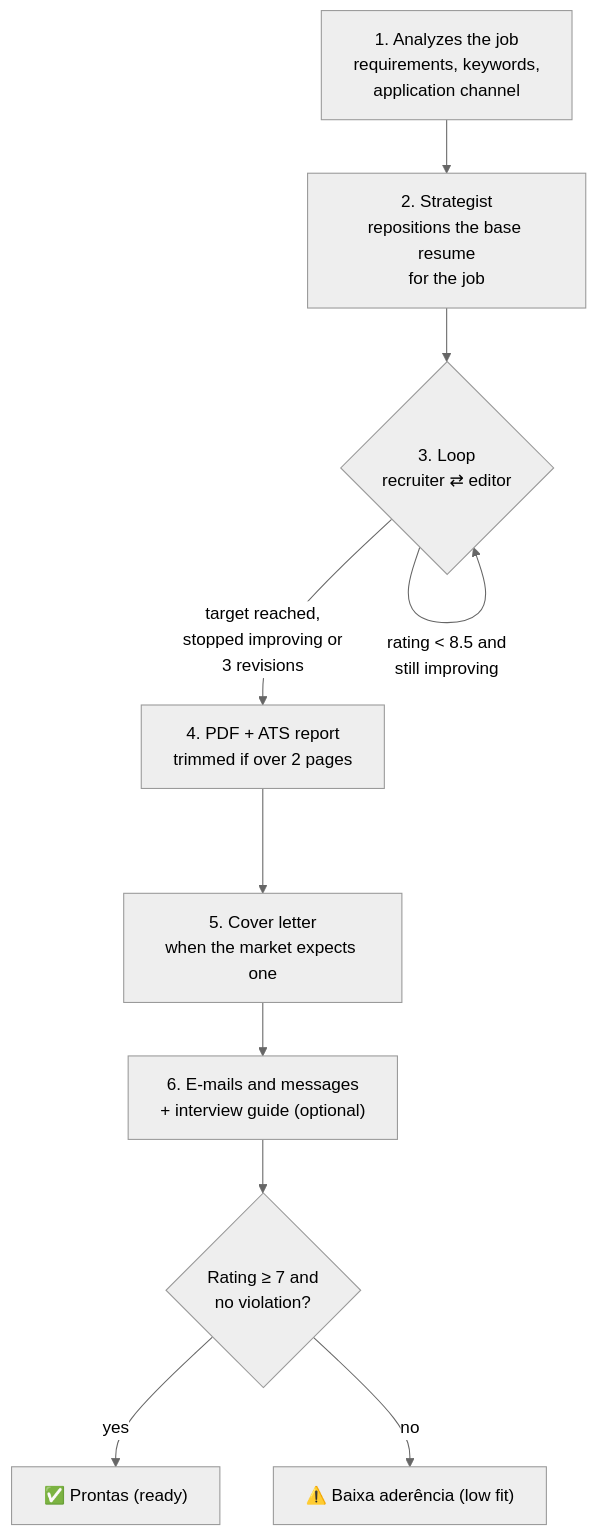
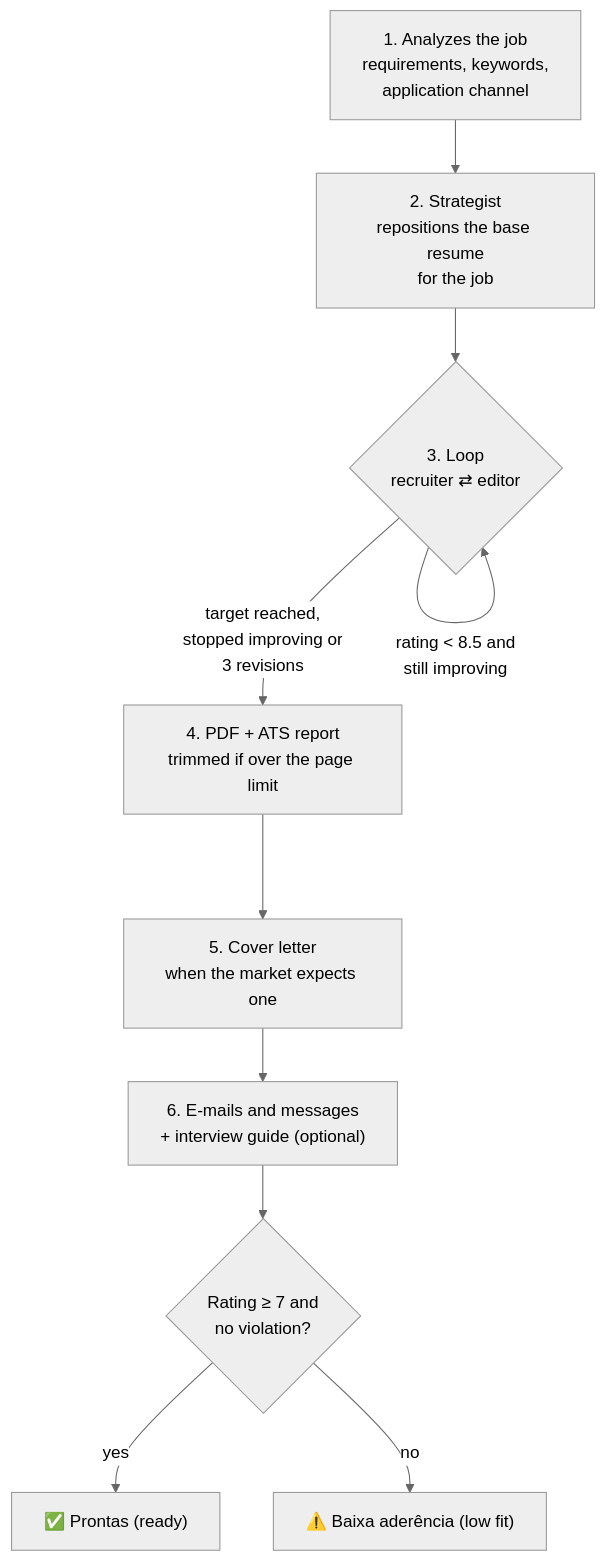
One commit to GabrielMello1407/auto-job-finder changed the fourth of 6 diagrams in docs/how-it-works.md. Above: the diagram before and after it, drawn with Mermaid (neutral theme). The commit also changed other lines of this file and 26 other files, not shown here.

````diff
--- a/docs/how-it-works.md
+++ b/docs/how-it-works.md
@@ -256,12 +259,12 @@
 ```mermaid
 flowchart TD
     A["1. Analyzes the job<br/>requirements, keywords,<br/>application channel"] --> B["2. Strategist<br/>repositions the base resume<br/>for the job"]
     B --> C{"3. Loop<br/>recruiter ⇄ editor"}
     C -- "rating < 8.5 and<br/>still improving" --> C
-    C -- "target reached,<br/>stopped improving or<br/>3 revisions" --> D["4. PDF + ATS report<br/>trimmed if over 2 pages"]
+    C -- "target reached,<br/>stopped improving or<br/>3 revisions" --> D["4. PDF + ATS report<br/>trimmed if over the page limit"]
     D --> E["5. Cover letter<br/>when the market expects one"]
     E --> F["6. E-mails and messages<br/>+ interview guide (optional)"]
     F --> G{"Rating ≥ 7 and<br/>no violation?"}
     G -- yes --> H["✅ Prontas (ready)"]
     G -- no --> I["⚠️ Baixa aderência (low fit)"]
 ```
````
